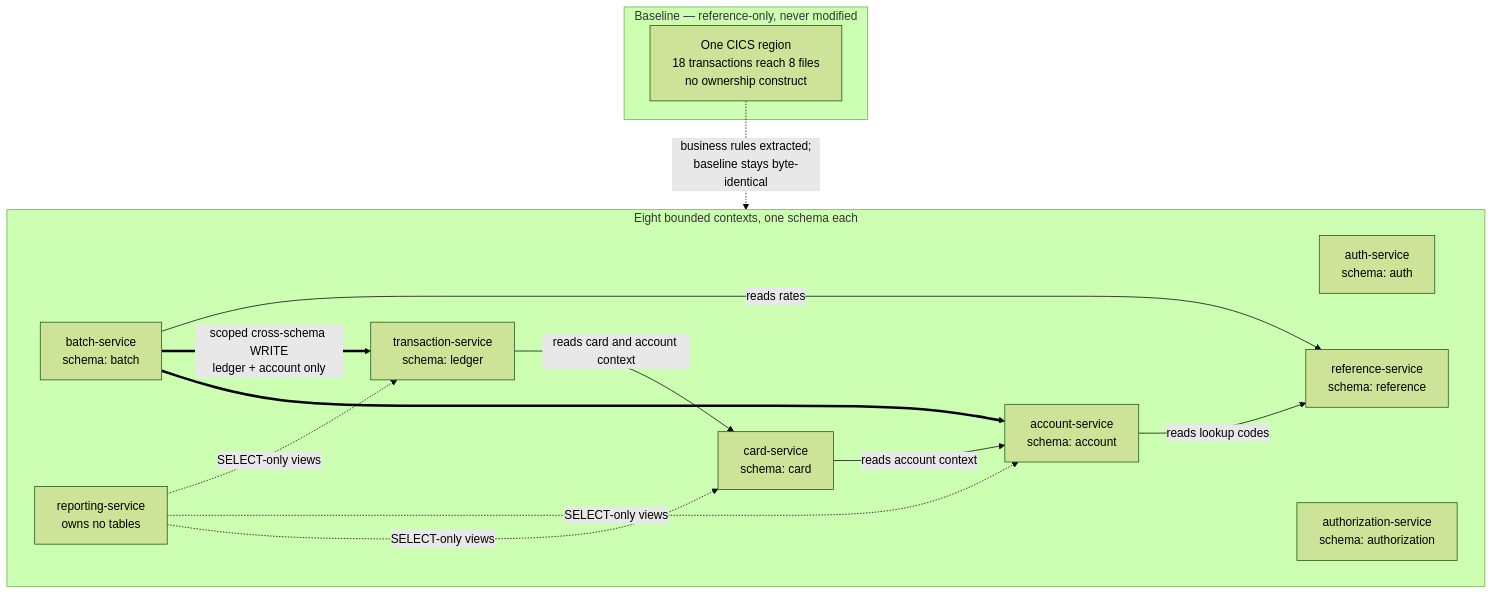
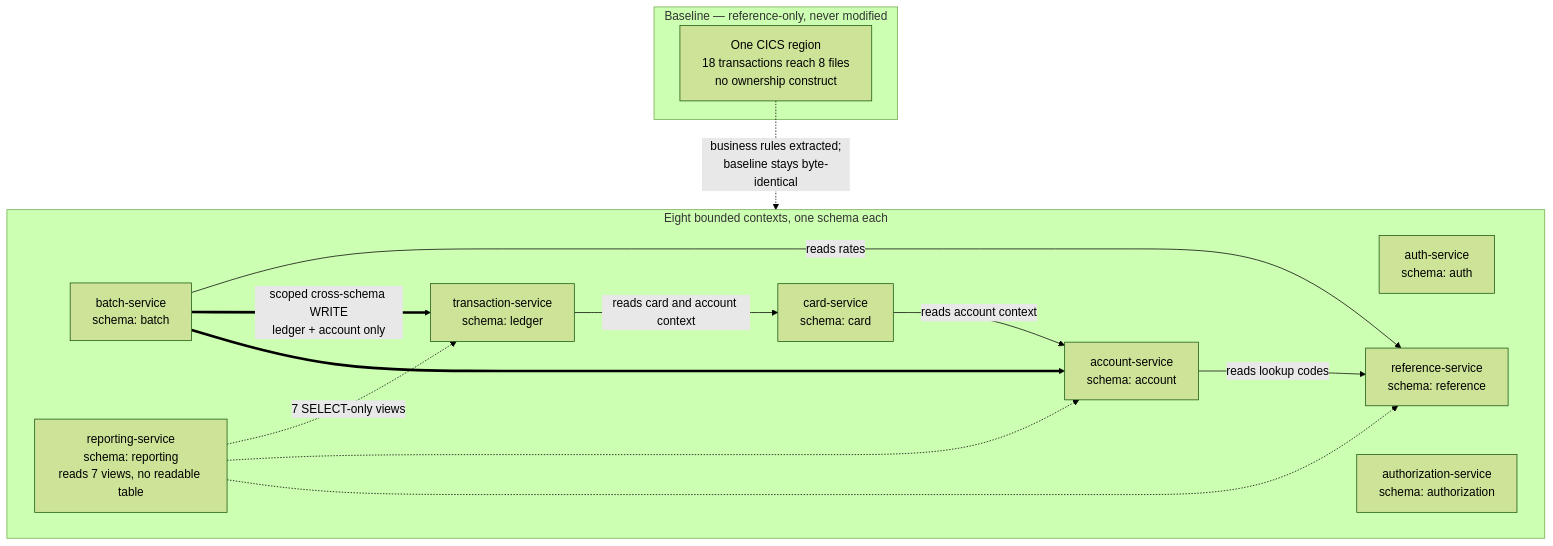
The diagram in docs/adr/ADR-007-service-boundaries.md (Blitzy-LocalStack/aws-mainframe-modernization-carddemo), drawn with Mermaid (forest theme) before and after one commit. The commit also changed other lines of this file and 450 other files, not shown here.

````diff
--- a/docs/adr/ADR-007-service-boundaries.md
+++ b/docs/adr/ADR-007-service-boundaries.md
@@ -169,31 +187,35 @@
 ```mermaid
 graph TB
     subgraph REF["Baseline — reference-only, never modified"]
         CICS["One CICS region<br/>18 transactions reach 8 files<br/>no ownership construct"]
     end
 
     subgraph TGT["Eight bounded contexts, one schema each"]
         AUTH["auth-service<br/>schema: auth"]
         ACCT["account-service<br/>schema: account"]
         CARD["card-service<br/>schema: card"]
         TRAN["transaction-service<br/>schema: ledger"]
         REFS["reference-service<br/>schema: reference"]
         BATCH["batch-service<br/>schema: batch"]
         AUTHZ["authorization-service<br/>schema: authorization"]
-        RPT["reporting-service<br/>owns no tables"]
+        RPT["reporting-service<br/>schema: reporting<br/>reads 7 views, no readable table"]
     end
 
     CICS -.->|"business rules extracted;<br/>baseline stays byte-identical"| TGT
 
     CARD -->|reads account context| ACCT
     TRAN -->|reads card and account context| CARD
     ACCT -->|reads lookup codes| REFS
     BATCH -->|reads rates| REFS
     BATCH ==>|"scoped cross-schema WRITE<br/>ledger + account only"| TRAN
     BATCH ==> ACCT
-    RPT -.->|SELECT-only views| TRAN
-    RPT -.->|SELECT-only views| ACCT
-    RPT -.->|SELECT-only views| CARD
-%% Dashed = read-only. Double arrow = the one deliberate write exception.
+    RPT -.->|"7 SELECT-only views"| TRAN
+    RPT -.-> ACCT
+    RPT -.-> REFS
+%% Dashed = read-only. Double arrow = the one deliberate cross-schema WRITE exception.
 %% Every other context reads and writes only its own schema.
+%% The reporting edges are drawn to the three schemas the seven views actually read
+%% -- ledger, account and reference. No view reads the card schema, so no edge is
+%% drawn to CARD even though the NOLOGIN owner role holds a read grant there; an
+%% edge for an unexercised grant would overstate the coupling this diagram is for.
 ```
````
